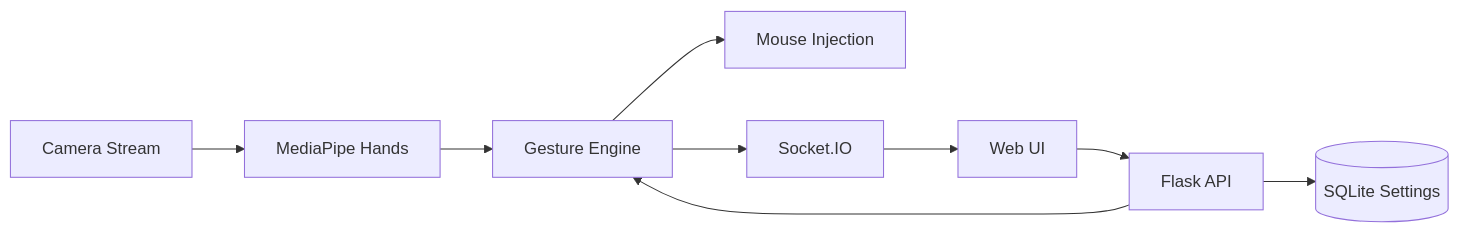
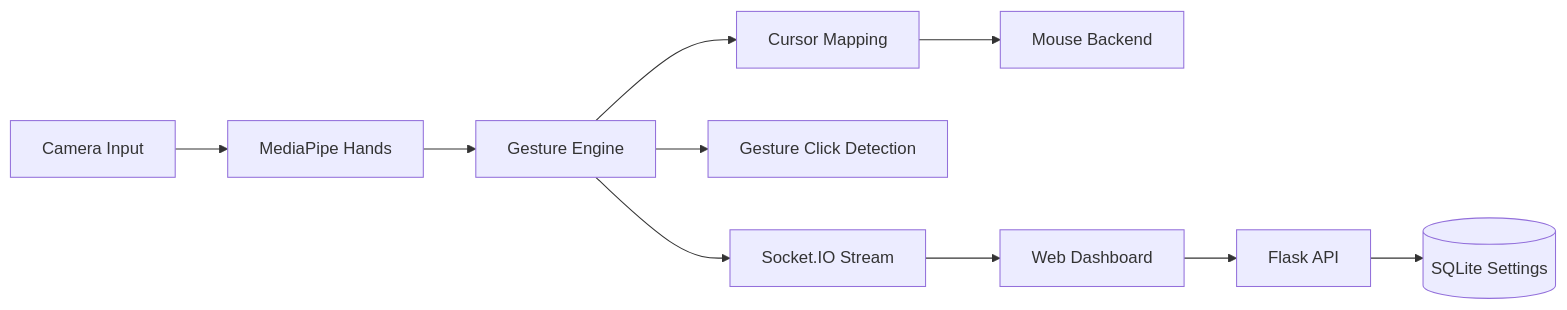
One commit to sudo-yf/hackathon2510 changed the diagram in README.md. Above: the diagram before and after it, drawn with Mermaid. The commit also changed other lines of this file and 2 other files, not shown here.

````diff
--- a/README.md
+++ b/README.md
@@ -21,11 +42,12 @@
 ```mermaid
 graph LR
-    Cam[Camera Stream] --> Vision[MediaPipe Hands]
-    Vision --> Engine[Gesture Engine]
-    Engine --> Mouse[Mouse Injection]
-    Engine --> WS[Socket.IO]
-    WS --> UI[Web UI]
+    Cam[Camera Input] --> Vision[MediaPipe Hands]
+    Vision --> Gesture[Gesture Engine]
+    Gesture --> Cursor[Cursor Mapping]
+    Gesture --> Click[Gesture Click Detection]
+    Cursor --> Mouse[Mouse Backend]
+    Gesture --> WS[Socket.IO Stream]
+    WS --> UI[Web Dashboard]
     UI --> API[Flask API]
-    API --> Engine
-    API --> DB[(SQLite Settings)]
+    API --> Store[(SQLite Settings)]
 ```
````
